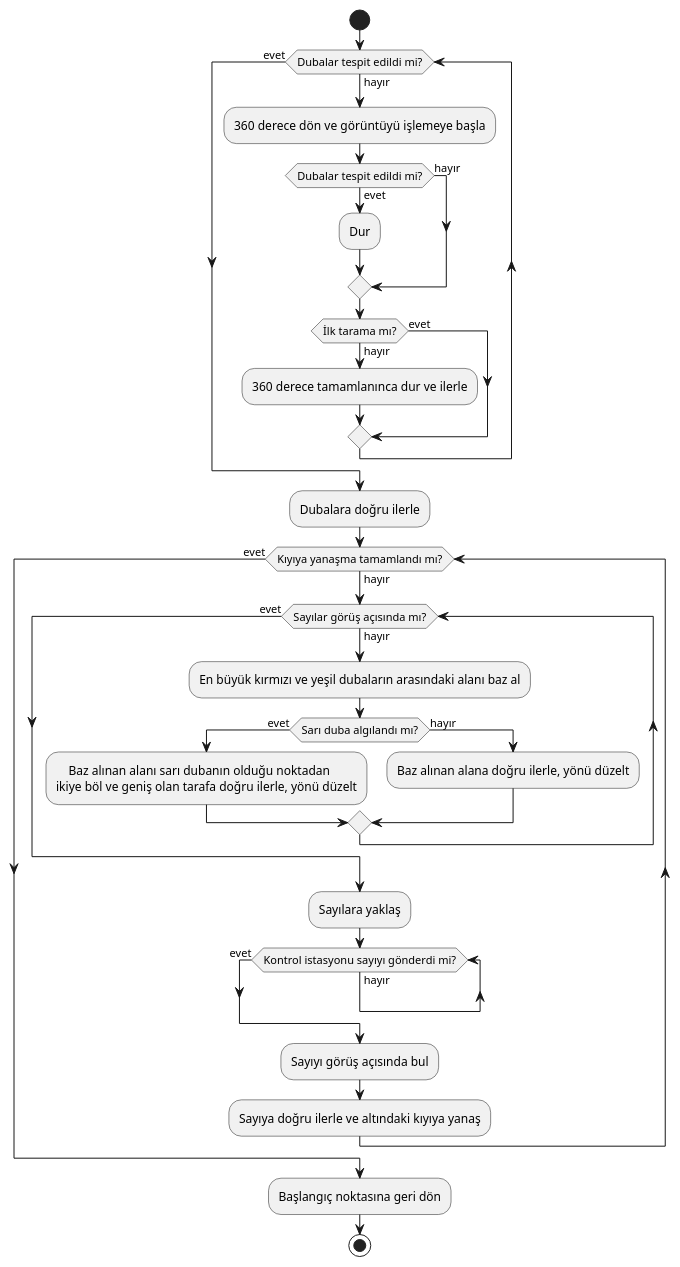
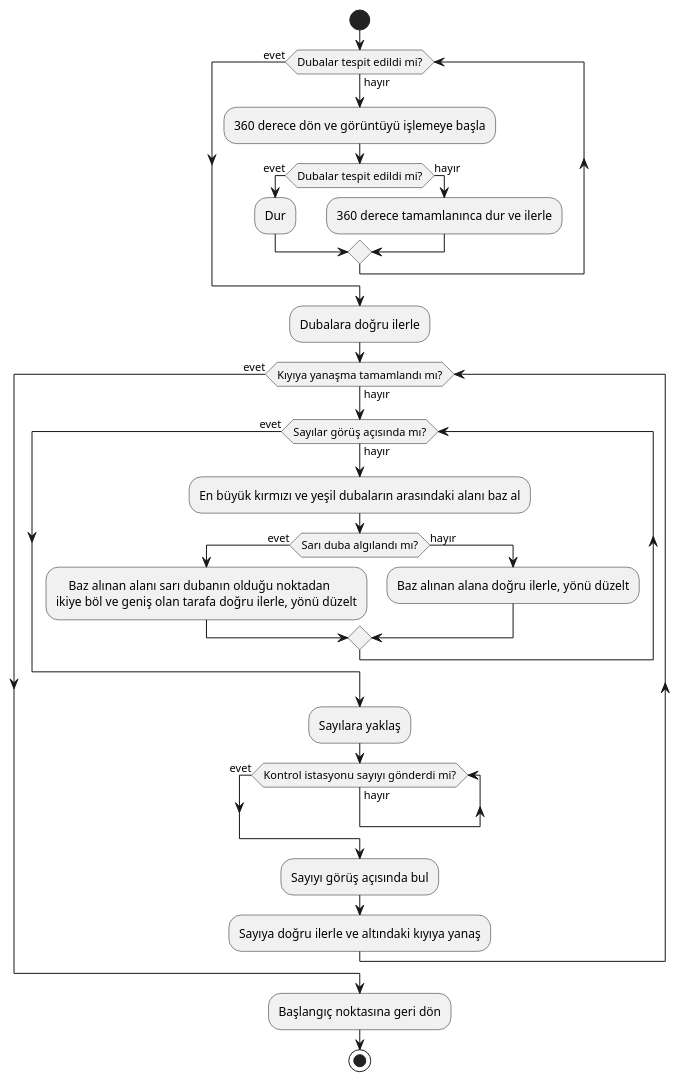
Before and after one commit to tarikyumbul/Alesta: the diagram in docs/akış_şemaları/idaOtoYeni.puml, drawn with PlantUML.

```diff
--- a/docs/akış_şemaları/idaOtoYeni.puml
+++ b/docs/akış_şemaları/idaOtoYeni.puml
@@ -1,39 +1,34 @@
 @startuml sea auto new
 start
 
 while (Dubalar tespit edildi mi?) is (hayır)
     :360 derece dön ve görüntüyü işlemeye başla;
     if (Dubalar tespit edildi mi?) then (evet)
         :Dur;
     else (hayır)
-        
-    endif
-    if (İlk tarama mı?) then (evet)
-    else (hayır)
         :360 derece tamamlanınca dur ve ilerle;
     endif
-
 endwhile (evet)
     :Dubalara doğru ilerle;
 
 while (Kıyıya yanaşma tamamlandı mı?) is (hayır)
 
     while (Sayılar görüş açısında mı?) is (hayır)
         :En büyük kırmızı ve yeşil dubaların arasındaki alanı baz al;
         if (Sarı duba algılandı mı?) then (evet)
             :    Baz alınan alanı sarı dubanın olduğu noktadan\nikiye böl ve geniş olan tarafa doğru ilerle, yönü düzelt;
         else (hayır)
         :Baz alınan alana doğru ilerle, yönü düzelt;
         endif
     endwhile (evet)
 
     :Sayılara yaklaş;
     while (Kontrol istasyonu sayıyı gönderdi mi?) is (hayır)
     endwhile (evet)
     :Sayıyı görüş açısında bul;
     :Sayıya doğru ilerle ve altındaki kıyıya yanaş;
     endwhile (evet)
     :Başlangıç noktasına geri dön;
 
 stop
 @enduml
```
